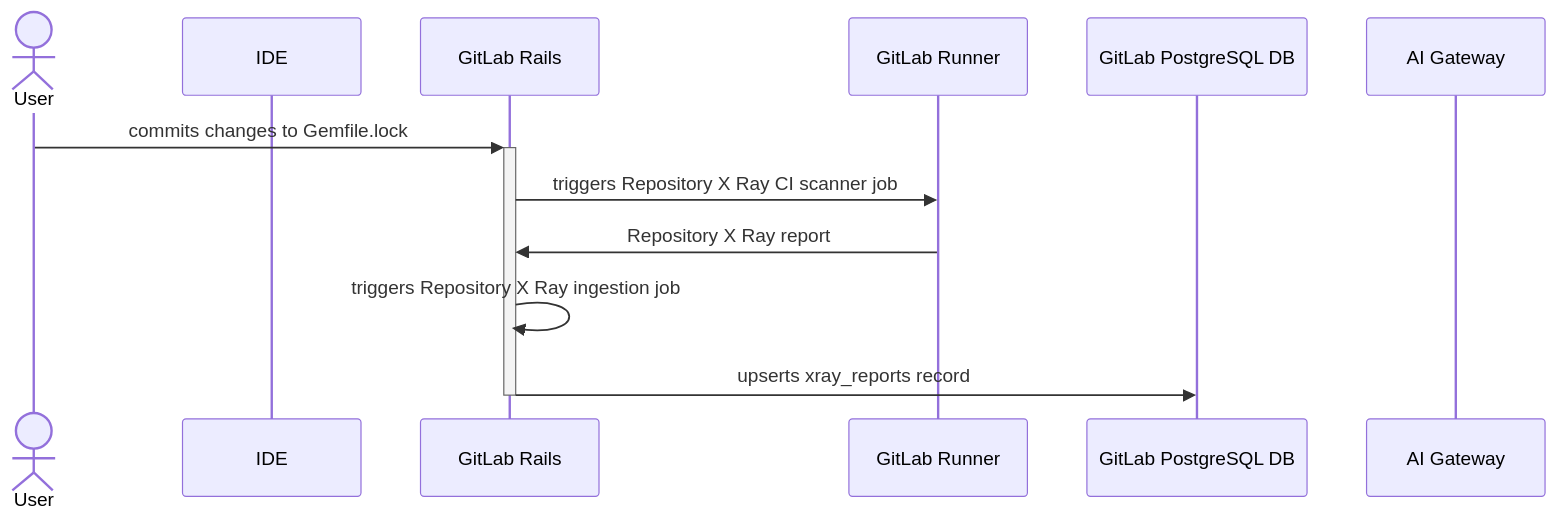
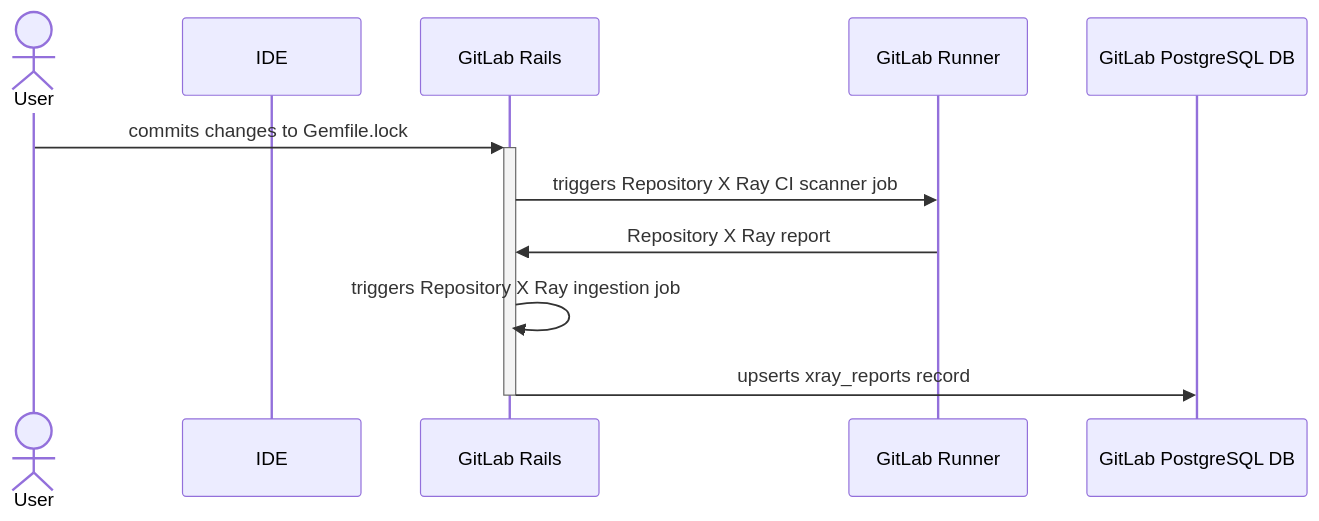
Before and after one commit to moliver28/research-handbook: the third of 3 diagrams in content/handbook/engineering/development/dev/create/code-creation/engineering_overview.md, drawn with Mermaid. The commit also changed other lines of this file, not shown here.

````diff
--- a/content/handbook/engineering/development/dev/create/code-creation/engineering_overview.md
+++ b/content/handbook/engineering/development/dev/create/code-creation/engineering_overview.md
@@ -89,14 +96,14 @@
 ```mermaid
 sequenceDiagram
     actor USR as User
     participant IDE
     participant GLR as GitLab Rails
     participant RN as GitLab Runner
     participant PG as GitLab PostgreSQL DB
-    participant AIGW as AI Gateway
+
     USR->>+GLR: commits changes to Gemfile.lock
     GLR->>RN: triggers Repository X Ray CI scanner job
     RN->>GLR: Repository X Ray report
     GLR->>GLR: triggers Repository X Ray ingestion job
     GLR->>-PG: upserts xray_reports record
 ```
````
